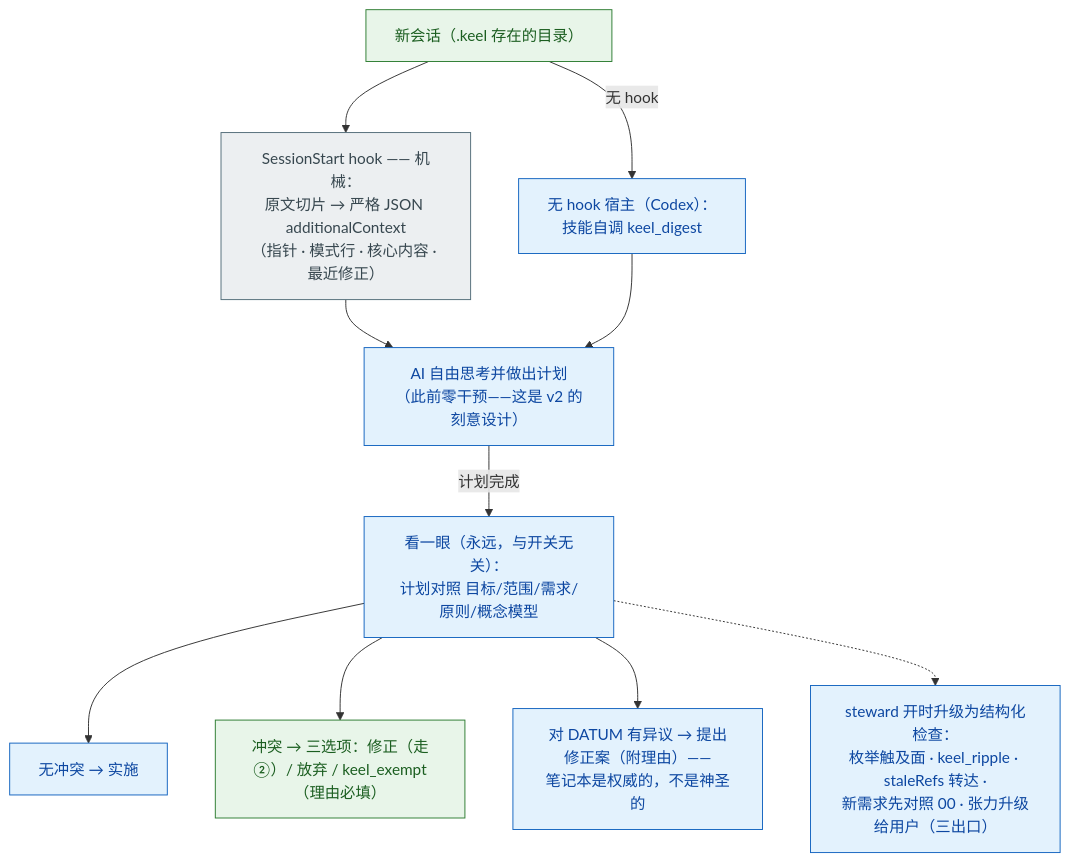
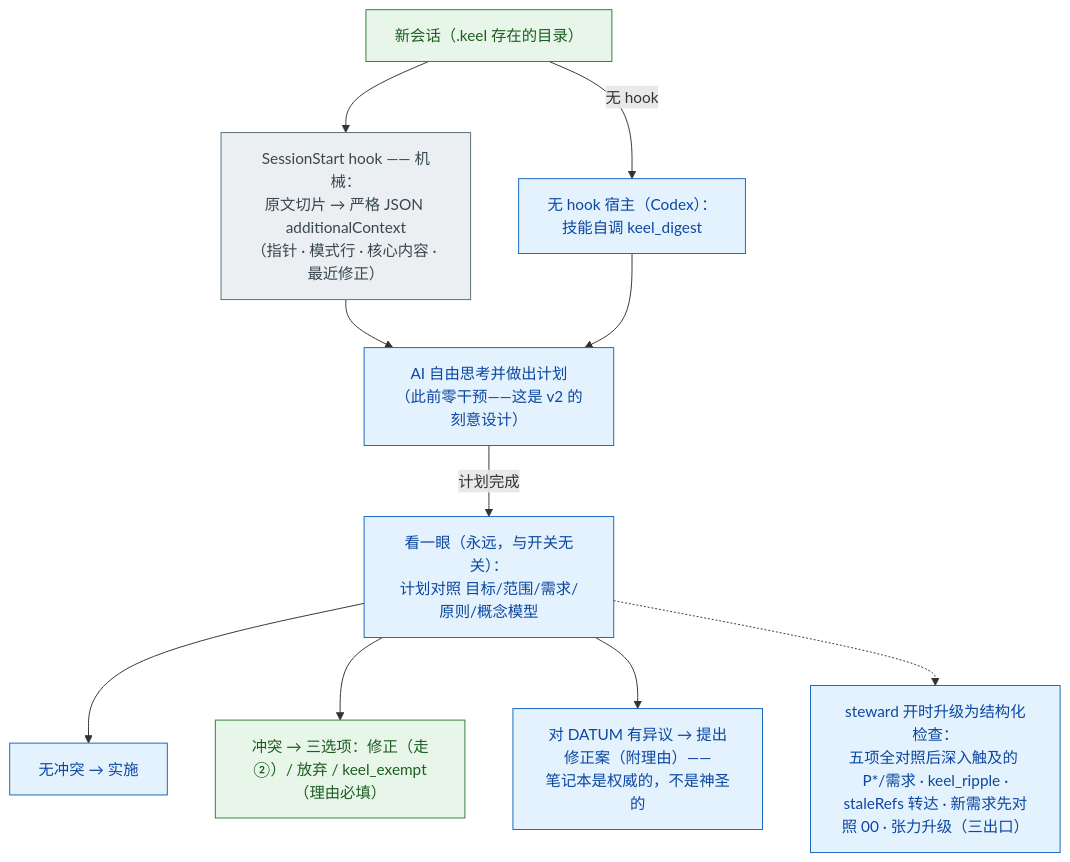
One commit to maxi3777/Keel changed the fifth of 8 diagrams in docs/MENTAL-MODEL.md. Above: the diagram before and after it, drawn with Mermaid. The commit also changed other lines of this file and 17 other files, not shown here.

````diff
--- a/docs/MENTAL-MODEL.md
+++ b/docs/MENTAL-MODEL.md
@@ -151,25 +153,25 @@
 ```mermaid
 flowchart TD
     SESS["新会话（.keel 存在的目录）"]:::human
     HOOK["SessionStart hook —— 机械：<br/>原文切片 → 严格 JSON additionalContext<br/>（指针 · 模式行 · 核心内容 · 最近修正）"]:::mech
     FALL["无 hook 宿主（Codex）：<br/>技能自调 keel_digest"]:::ai
     PLAN["AI 自由思考并做出计划<br/>（此前零干预——这是 v2 的刻意设计）"]:::ai
     GLANCE["看一眼（永远，与开关无关）：<br/>计划对照 目标/范围/需求/原则/概念模型"]:::ai
     OK["无冲突 → 实施"]:::ai
     OPT["冲突 → 三选项：修正（走②）/ 放弃 / keel_exempt（理由必填）"]:::human
     DIS["对 DATUM 有异议 → 提出修正案（附理由）——<br/>笔记本是权威的，不是神圣的"]:::ai
-    STRUCT["steward 开时升级为结构化检查：<br/>枚举触及面 · keel_ripple · staleRefs 转达 ·<br/>新需求先对照 00 · 张力升级给用户（三出口）"]:::ai
+    STRUCT["steward 开时升级为结构化检查：<br/>五项全对照后深入触及的 P*/需求 · keel_ripple ·<br/>staleRefs 转达 · 新需求先对照 00 · 张力升级（三出口）"]:::ai
 
     SESS --> HOOK
     SESS -->|"无 hook"| FALL
     HOOK --> PLAN
     FALL --> PLAN
     PLAN -->|"计划完成"| GLANCE
     GLANCE --> OK
     GLANCE --> OPT
     GLANCE --> DIS
     GLANCE -.-> STRUCT
     classDef human fill:#e8f5e9,stroke:#2e7d32,color:#1b5e20
     classDef ai fill:#e3f2fd,stroke:#1565c0,color:#0d47a1
     classDef mech fill:#eceff1,stroke:#546e7a,color:#37474f
 ```
````
